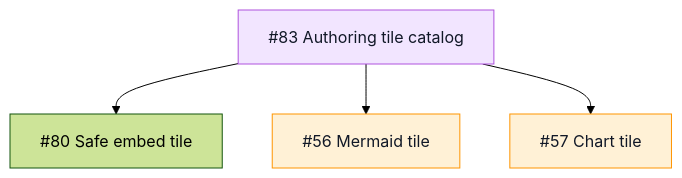
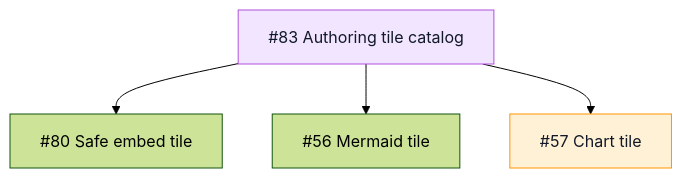
The sixth of 9 diagrams in README.md (TileDown/tile-down), drawn with Mermaid (forest theme) before and after one commit. The commit also changed 16 other files, not shown here.

Commit message:
feat(tile): add mermaid diagram tile

````diff
--- a/README.md
+++ b/README.md
@@ -129,10 +129,10 @@
 ```mermaid
 flowchart TD
   Epic["#83 Authoring tile catalog"]:::epic
   Epic --> Embed["#80 Safe embed tile"]:::review
-  Epic --> Mermaid["#56 Mermaid tile"]:::todo
+  Epic --> Mermaid["#56 Mermaid tile"]:::active
   Epic --> Charts["#57 Chart tile"]:::todo
 
   classDef epic fill:#f2e5ff,stroke:#af52de,color:#111827
   classDef todo fill:#fff1d6,stroke:#ff9500,color:#111827
 ```
````
